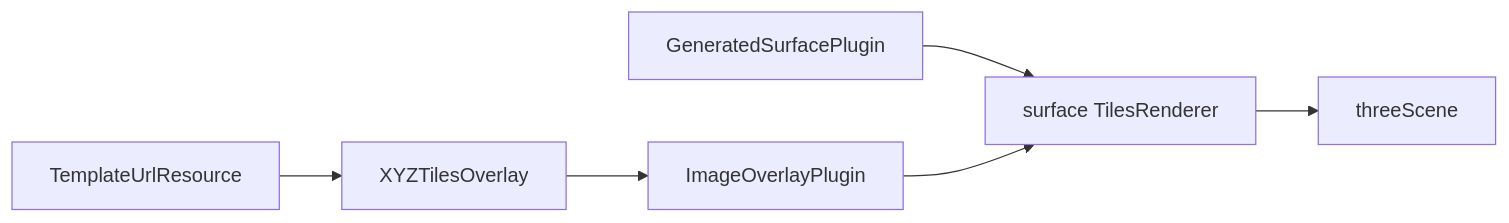
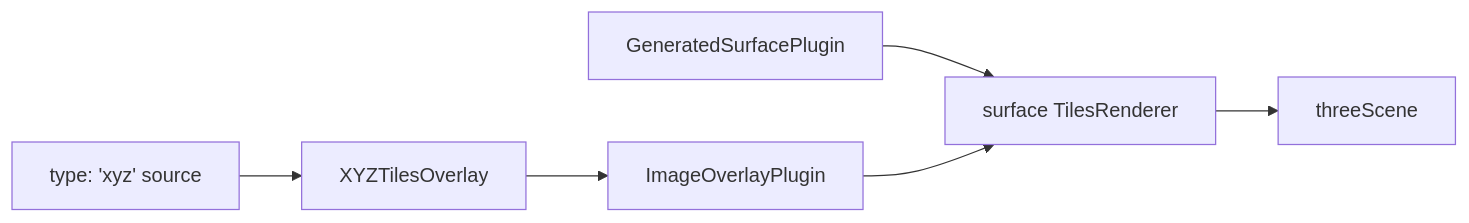
Before and after one commit to cyanfish-x/tellux: the second of 5 diagrams in docs/3d-tiles-renderer-plugins-and-overlays.md, drawn with Mermaid. The commit also changed other lines of this file and 21 other files, not shown here.

Commit message:
初始化时的图层配置方式优化；

````diff
--- a/docs/3d-tiles-renderer-plugins-and-overlays.md
+++ b/docs/3d-tiles-renderer-plugins-and-overlays.md
@@ -407,8 +406,8 @@
 ```mermaid
 flowchart LR
-  TemplateUrlResource --> XYZTilesOverlay
+  XYZSource["type: 'xyz' source"] --> XYZTilesOverlay
   GeneratedSurfacePlugin --> SurfaceTileset["surface TilesRenderer"]
   XYZTilesOverlay --> ImageOverlayPlugin
   ImageOverlayPlugin --> SurfaceTileset
   SurfaceTileset --> Scene["threeScene"]
 ```
````
